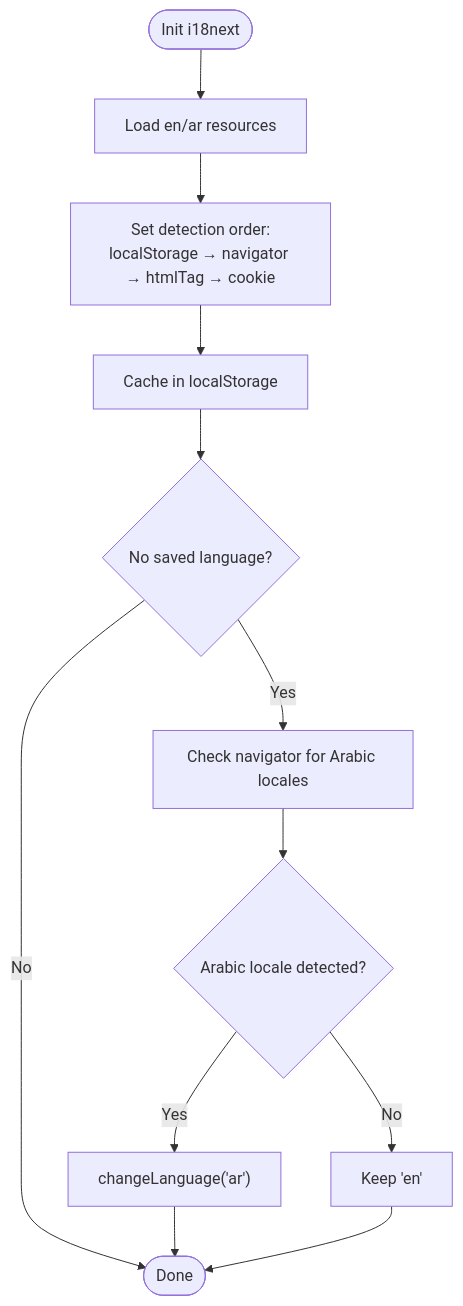
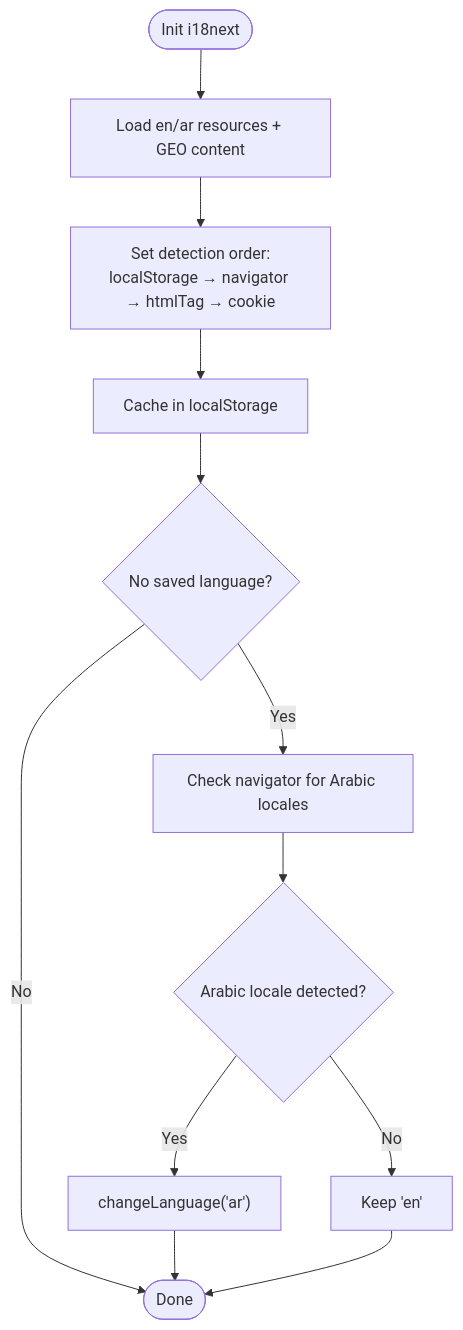
One commit to rumuze/landing-page changed the third of 8 diagrams in .qoder/repowiki/en/content/Internationalization (i18n)/Internationalization (i18n).md. Above: the diagram before and after it, drawn with Mermaid. The commit also changed other lines of this file and 5 other files, not shown here.

````diff
--- a/.qoder/repowiki/en/content/Internationalization (i18n)/Internationalization (i18n).md
+++ b/.qoder/repowiki/en/content/Internationalization (i18n)/Internationalization (i18n).md
@@ -155,14 +206,14 @@
 ```mermaid
 flowchart TD
-Start(["Init i18next"]) --> LoadRes["Load en/ar resources"]
+Start(["Init i18next"]) --> LoadRes["Load en/ar resources + GEO content"]
 LoadRes --> DetectOrder["Set detection order:<br/>localStorage → navigator → htmlTag → cookie"]
 DetectOrder --> Cache["Cache in localStorage"]
 Cache --> Bias{"No saved language?"}
 Bias --> |Yes| CheckNav["Check navigator for Arabic locales"]
 CheckNav --> IsAr{"Arabic locale detected?"}
 IsAr --> |Yes| ChangeAr["changeLanguage('ar')"]
 IsAr --> |No| KeepEn["Keep 'en'"]
 Bias --> |No| End(["Done"])
 ChangeAr --> End
 KeepEn --> End
 ```
````
